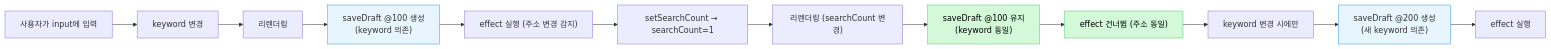
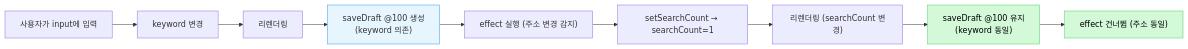
One commit to codefug/codefug.github.io changed the ninth of 19 diagrams in markdown/2026-01-18/ko/content.mdx. Above: the diagram before and after it, drawn with Mermaid. The commit also changed other lines of this file and 2 other files, not shown here.

````diff
--- a/markdown/2026-01-18/ko/content.mdx
+++ b/markdown/2026-01-18/ko/content.mdx
@@ -693,19 +621,15 @@
 ```mermaid
 flowchart LR
     A2["사용자가 input에 입력"] --> B2["keyword 변경"]
     B2 --> C2["리렌더링"]
     C2 --> D2["saveDraft @100 생성<br/>(keyword 의존)"]
     D2 --> E2["effect 실행 (주소 변경 감지)"]
     E2 --> F2["setSearchCount → searchCount=1"]
     F2 --> G2["리렌더링 (searchCount 변경)"]
     G2 --> H2["saveDraft @100 유지<br/>(keyword 동일)"]
     H2 --> I2["effect 건너뜀 (주소 동일)"]
-    I2 --> J2["keyword 변경 시에만"]
-    J2 --> K2["saveDraft @200 생성<br/>(새 keyword 의존)"]
-    K2 --> L2["effect 실행"]
-
+    
     style H2 fill:#d3f9d8,stroke:#51cf66,color:#000
     style I2 fill:#d3f9d8,stroke:#51cf66,color:#000
     style D2 fill:#e7f5ff,stroke:#339af0
-    style K2 fill:#e7f5ff,stroke:#339af0
 ```
````
